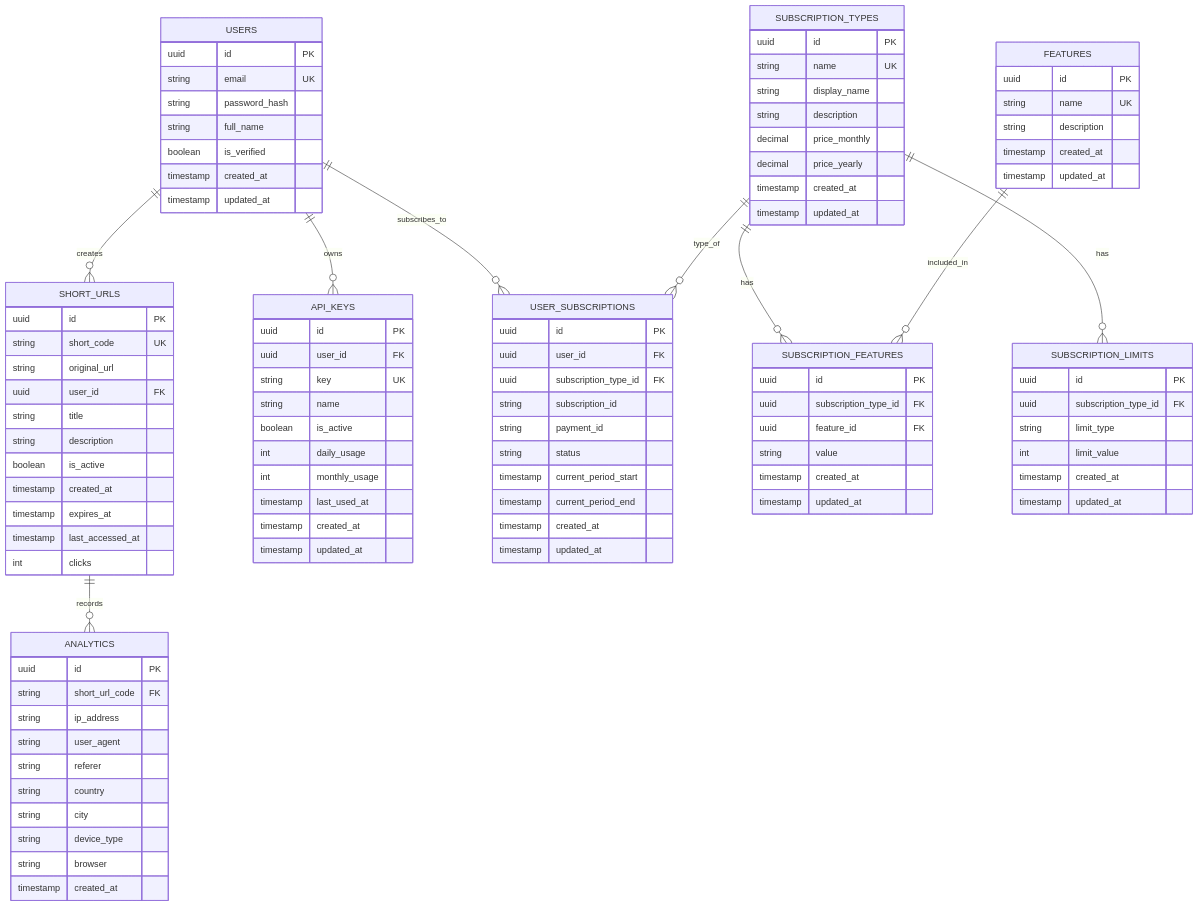
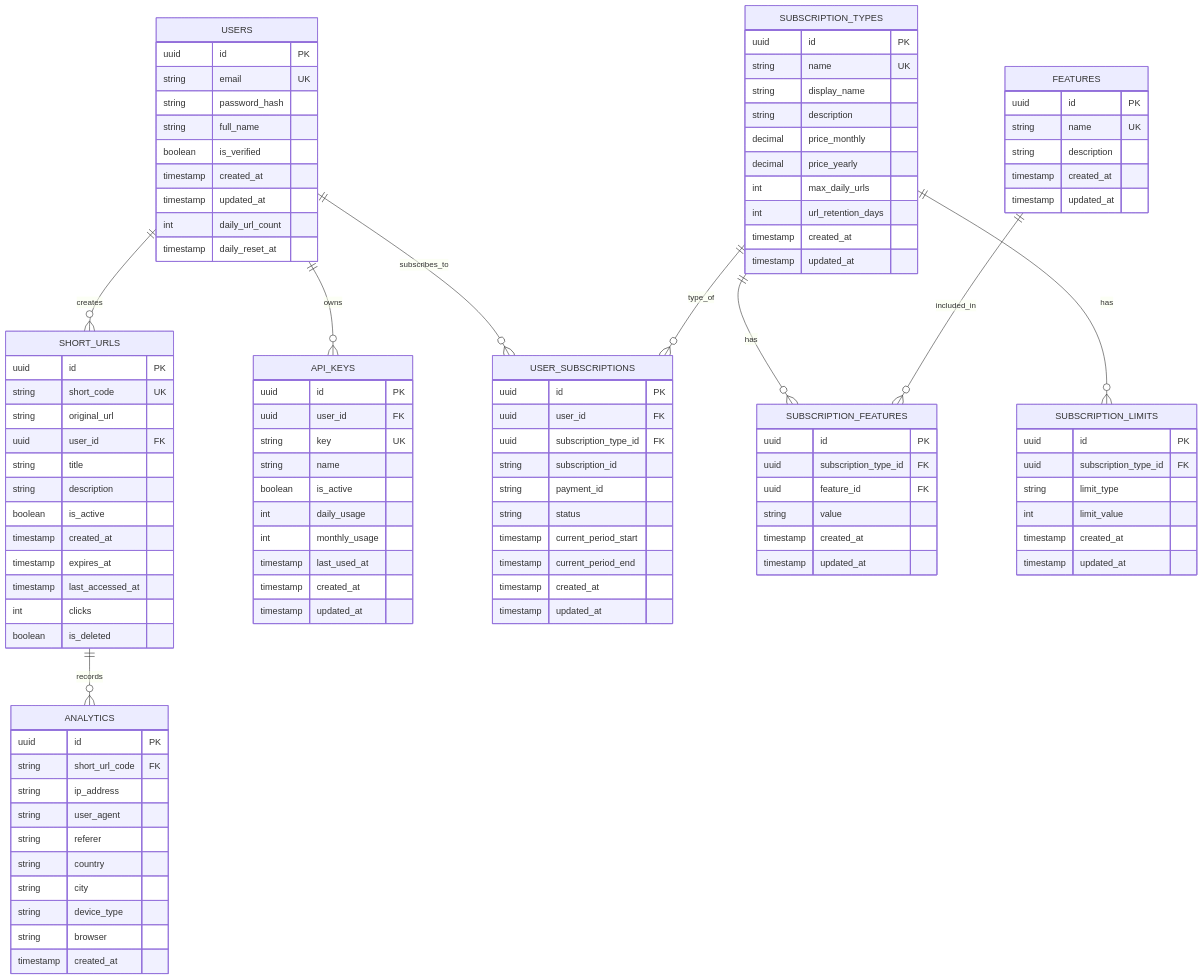
One commit to sylvesterdas/minifyn-homepage changed the diagram in docs/project-erd.mermaid. Above: the diagram before and after it, drawn with Mermaid. The commit also changed 14 other files, not shown here.

```diff
--- a/docs/project-erd.mermaid
+++ b/docs/project-erd.mermaid
@@ -1,109 +1,114 @@
 erDiagram
     USERS ||--o{ SHORT_URLS : creates
     USERS ||--o{ API_KEYS : owns
     USERS ||--o{ USER_SUBSCRIPTIONS : subscribes_to
     SHORT_URLS ||--o{ ANALYTICS : records
     SUBSCRIPTION_TYPES ||--o{ SUBSCRIPTION_FEATURES : has
     SUBSCRIPTION_TYPES ||--o{ SUBSCRIPTION_LIMITS : has
     FEATURES ||--o{ SUBSCRIPTION_FEATURES : included_in
     SUBSCRIPTION_TYPES ||--o{ USER_SUBSCRIPTIONS : type_of
 
     USERS {
         uuid id PK
         string email UK
         string password_hash
         string full_name
         boolean is_verified
         timestamp created_at
         timestamp updated_at
+        int daily_url_count
+        timestamp daily_reset_at
     }
 
     SHORT_URLS {
         uuid id PK
         string short_code UK
         string original_url
         uuid user_id FK
         string title
         string description
         boolean is_active
         timestamp created_at
         timestamp expires_at
         timestamp last_accessed_at
         int clicks
+        boolean is_deleted
     }
 
     ANALYTICS {
         uuid id PK
         string short_url_code FK
         string ip_address
         string user_agent
         string referer
         string country
         string city
         string device_type
         string browser
         timestamp created_at
     }
 
     API_KEYS {
         uuid id PK
         uuid user_id FK
         string key UK
         string name
         boolean is_active
         int daily_usage
         int monthly_usage
         timestamp last_used_at
         timestamp created_at
         timestamp updated_at
     }
 
     SUBSCRIPTION_TYPES {
         uuid id PK
         string name UK
         string display_name
         string description
         decimal price_monthly
         decimal price_yearly
+        int max_daily_urls
+        int url_retention_days
         timestamp created_at
         timestamp updated_at
     }
 
     FEATURES {
         uuid id PK
         string name UK
         string description
         timestamp created_at
         timestamp updated_at
     }
 
     SUBSCRIPTION_FEATURES {
         uuid id PK
         uuid subscription_type_id FK
         uuid feature_id FK
         string value
         timestamp created_at
         timestamp updated_at
     }
 
     SUBSCRIPTION_LIMITS {
         uuid id PK
         uuid subscription_type_id FK
         string limit_type
         int limit_value
         timestamp created_at
         timestamp updated_at
     }
 
     USER_SUBSCRIPTIONS {
         uuid id PK
         uuid user_id FK
         uuid subscription_type_id FK
         string subscription_id
         string payment_id
         string status
         timestamp current_period_start
         timestamp current_period_end
         timestamp created_at
         timestamp updated_at
     }
```
